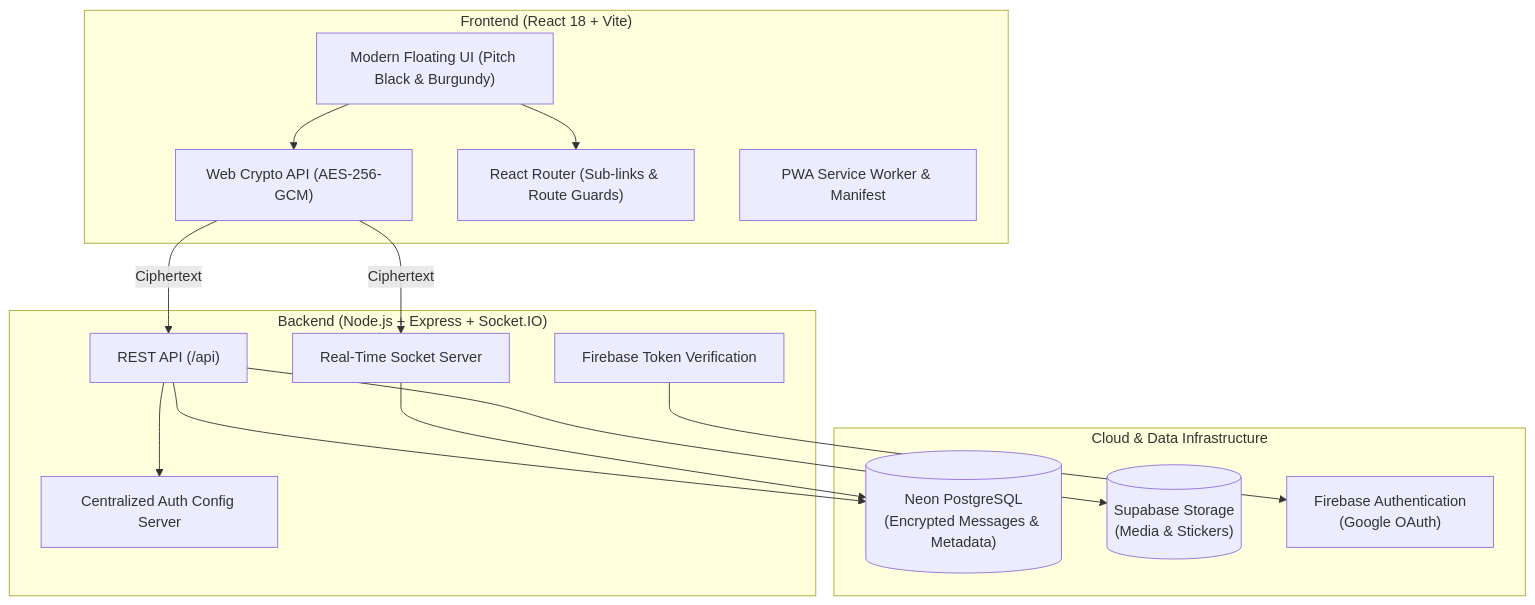
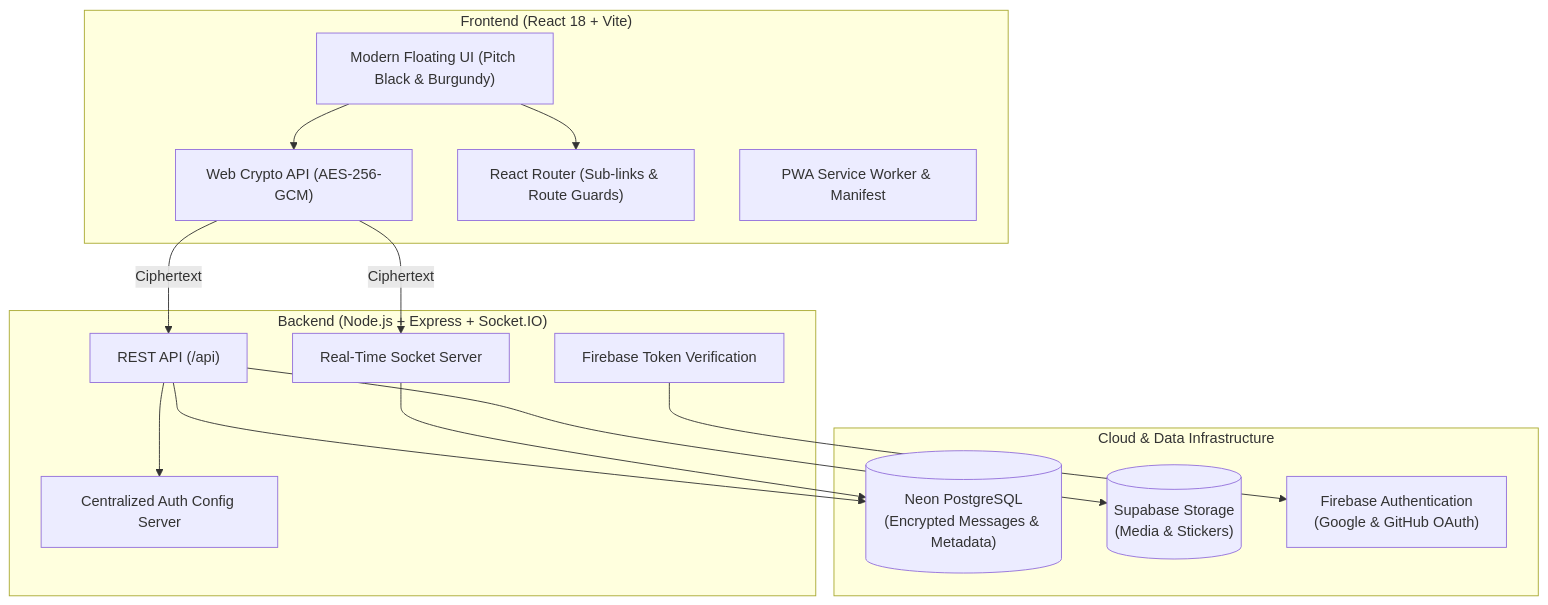
Before and after one commit to fareedahamed0425-code/talk-cross: the first of 2 diagrams in README.md, drawn with Mermaid. The commit also changed other lines of this file and 11 other files, not shown here.

Commit message:
feat: add Continue with GitHub auth and PWA auto-refresh live sync

````diff
--- a/README.md
+++ b/README.md
@@ -71,32 +71,32 @@
 ```mermaid
 flowchart TD
     subgraph Client["Frontend (React 18 + Vite)"]
         UI["Modern Floating UI (Pitch Black & Burgundy)"]
         CryptoEngine["Web Crypto API (AES-256-GCM)"]
         Router["React Router (Sub-links & Route Guards)"]
         PWA["PWA Service Worker & Manifest"]
     end
 
     subgraph Backend["Backend (Node.js + Express + Socket.IO)"]
         API["REST API (/api)"]
         SocketServer["Real-Time Socket Server"]
         AuthMiddleware["Firebase Token Verification"]
         ConfigServer["Centralized Auth Config Server"]
     end
 
     subgraph CloudServices["Cloud & Data Infrastructure"]
         NeonDB[("Neon PostgreSQL\n(Encrypted Messages & Metadata)")]
         SupabaseStorage[("Supabase Storage\n(Media & Stickers)")]
-        FirebaseAuth["Firebase Authentication\n(Google OAuth)"]
+        FirebaseAuth["Firebase Authentication\n(Google & GitHub OAuth)"]
     end
 
     UI --> Router
     UI --> CryptoEngine
     CryptoEngine -->|Ciphertext| SocketServer
     CryptoEngine -->|Ciphertext| API
     API --> NeonDB
     SocketServer --> NeonDB
     API --> SupabaseStorage
     AuthMiddleware --> FirebaseAuth
     API --> ConfigServer
 ```
````
